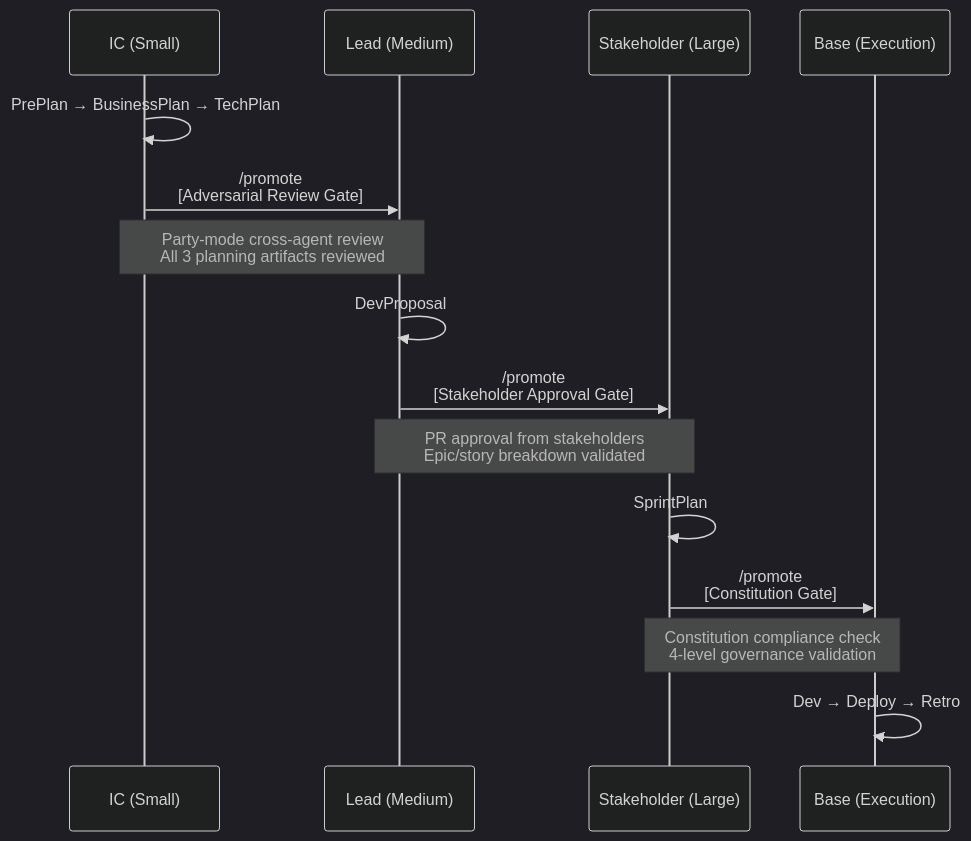
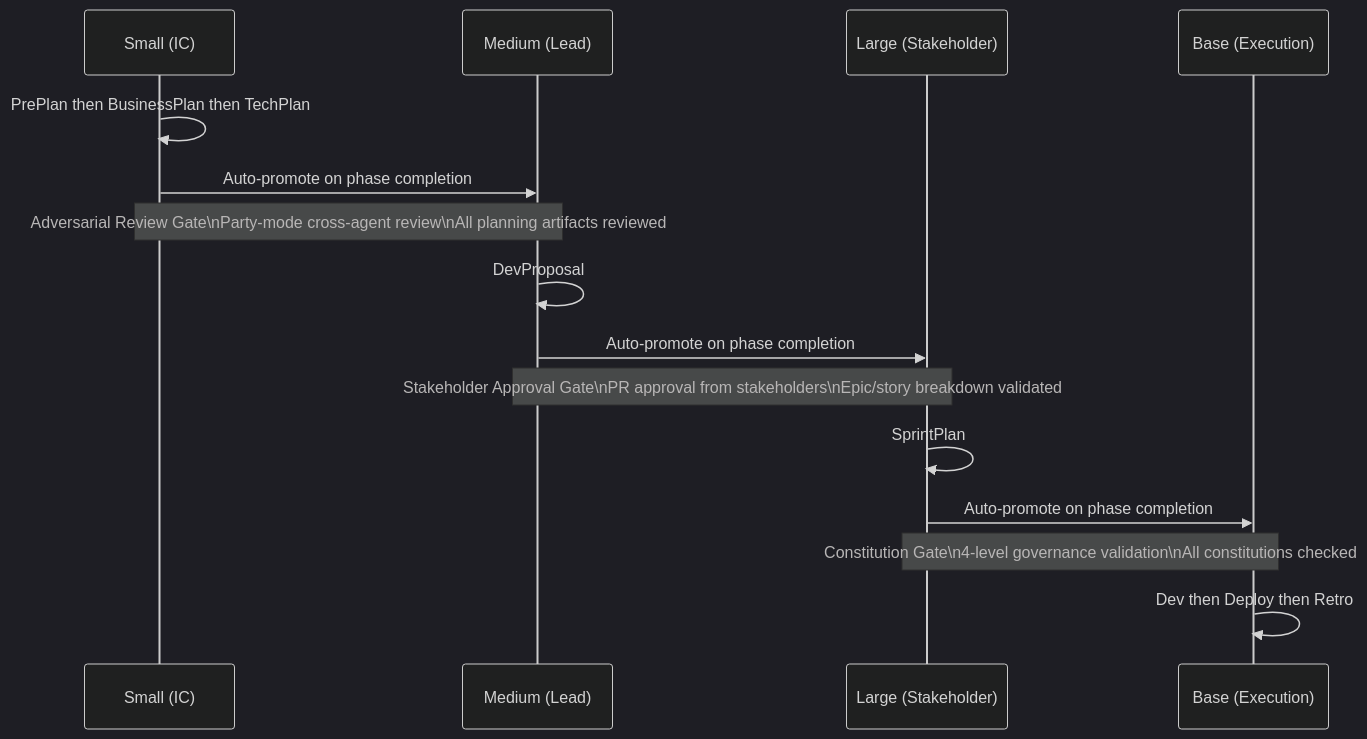
Before and after one commit to crisweber2600/Lens.Core.Src: the seventh of 16 diagrams in README.md, drawn with Mermaid (dark theme). The commit also changed other lines of this file, not shown here.

````diff
--- a/README.md
+++ b/README.md
@@ -348,21 +342,21 @@
 ```mermaid
 sequenceDiagram
-    participant IC as IC (Small)
-    participant Lead as Lead (Medium)
-    participant Stakeholder as Stakeholder (Large)
+    participant IC as Small (IC)
+    participant Lead as Medium (Lead)
+    participant Stakeholder as Large (Stakeholder)
     participant Base as Base (Execution)
-    
-    IC->>IC: PrePlan → BusinessPlan → TechPlan
-    IC->>Lead: /promote<br/>[Adversarial Review Gate]
-    Note over IC,Lead: Party-mode cross-agent review<br/>All 3 planning artifacts reviewed
-    
+
+    IC->>IC: PrePlan then BusinessPlan then TechPlan
+    IC->>Lead: Auto-promote on phase completion
+    Note over IC,Lead: Adversarial Review Gate\nParty-mode cross-agent review\nAll planning artifacts reviewed
+
     Lead->>Lead: DevProposal
-    Lead->>Stakeholder: /promote<br/>[Stakeholder Approval Gate]
-    Note over Lead,Stakeholder: PR approval from stakeholders<br/>Epic/story breakdown validated
-    
+    Lead->>Stakeholder: Auto-promote on phase completion
+    Note over Lead,Stakeholder: Stakeholder Approval Gate\nPR approval from stakeholders\nEpic/story breakdown validated
+
     Stakeholder->>Stakeholder: SprintPlan
-    Stakeholder->>Base: /promote<br/>[Constitution Gate]
-    Note over Stakeholder,Base: Constitution compliance check<br/>4-level governance validation
-    
-    Base->>Base: Dev → Deploy → Retro
+    Stakeholder->>Base: Auto-promote on phase completion
+    Note over Stakeholder,Base: Constitution Gate\n4-level governance validation\nAll constitutions checked
+
+    Base->>Base: Dev then Deploy then Retro
 ```
````
